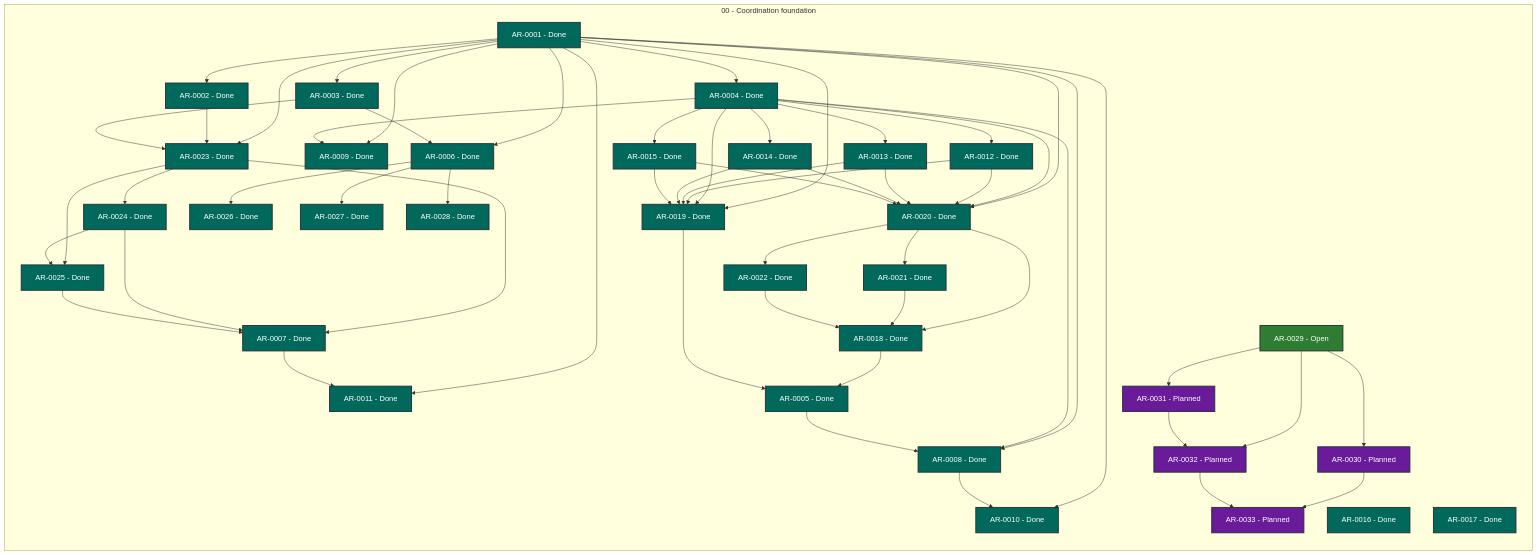
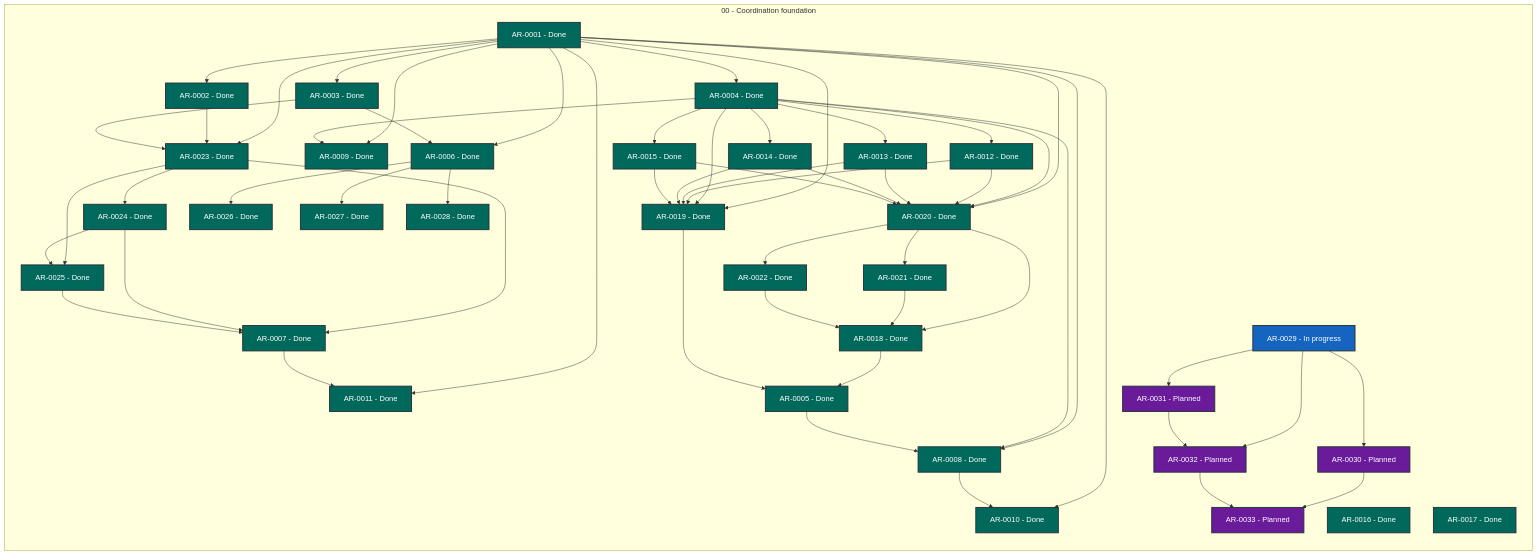
One commit to martin-beck/agent-workflow-quality-state changed the diagram in STATUS.md. Above: the diagram before and after it, drawn with Mermaid. The commit also changed other lines of this file and 2 other files, not shown here.

```diff
--- a/STATUS.md
+++ b/STATUS.md
@@ -56,7 +56,7 @@
         AR_0026["AR-0026 - Done"]:::status_done
         AR_0027["AR-0027 - Done"]:::status_done
         AR_0028["AR-0028 - Done"]:::status_done
-        AR_0029["AR-0029 - Open"]:::status_open
+        AR_0029["AR-0029 - In progress"]:::status_in_progress
         AR_0030["AR-0030 - Planned"]:::status_planned
         AR_0031["AR-0031 - Planned"]:::status_planned
         AR_0032["AR-0032 - Planned"]:::status_planned
```
